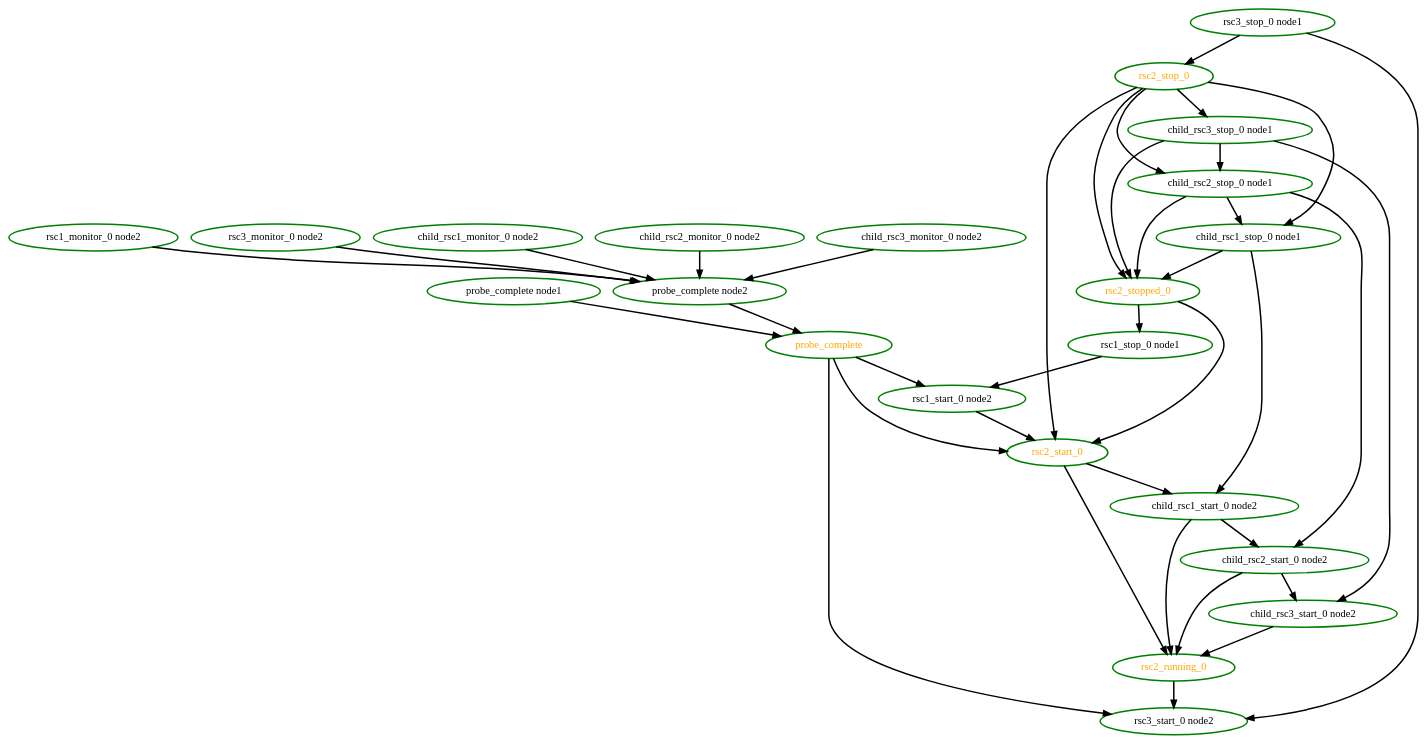
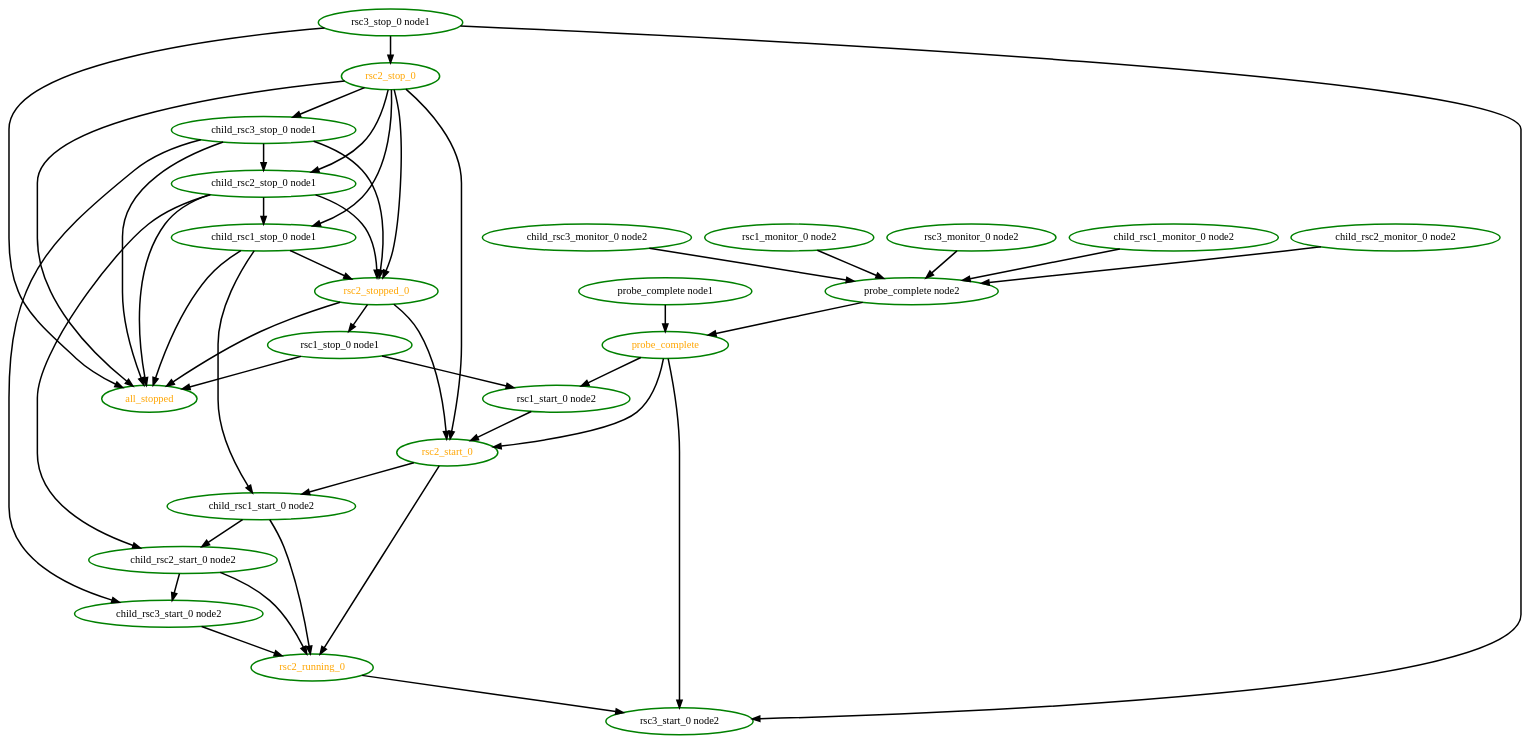
Before and after one commit to richiewen8/heartbeat: the diagram in crm/pengine/testcases/group5.dot, drawn with Graphviz. The commit also changed 218 other files, not shown here.

Commit message:
PE: Update testcases to include all_stopped (added in cs: 800c2fec24ee)

```diff
--- a/crm/pengine/testcases/group5.dot
+++ b/crm/pengine/testcases/group5.dot
@@ -1,61 +1,69 @@
  digraph "g" {
+"all_stopped" [ style=bold color="green" fontcolor="orange"  ]
 "child_rsc1_monitor_0 node2" -> "probe_complete node2" [ style = bold]
 "child_rsc1_monitor_0 node2" [ style=bold color="green" fontcolor="black" ]
 "child_rsc1_start_0 node2" -> "child_rsc2_start_0 node2" [ style = bold]
 "child_rsc1_start_0 node2" -> "rsc2_running_0" [ style = bold]
 "child_rsc1_start_0 node2" [ style=bold color="green" fontcolor="black" ]
+"child_rsc1_stop_0 node1" -> "all_stopped" [ style = bold]
 "child_rsc1_stop_0 node1" -> "child_rsc1_start_0 node2" [ style = bold]
 "child_rsc1_stop_0 node1" -> "rsc2_stopped_0" [ style = bold]
 "child_rsc1_stop_0 node1" [ style=bold color="green" fontcolor="black" ]
 "child_rsc2_monitor_0 node2" -> "probe_complete node2" [ style = bold]
 "child_rsc2_monitor_0 node2" [ style=bold color="green" fontcolor="black" ]
 "child_rsc2_start_0 node2" -> "child_rsc3_start_0 node2" [ style = bold]
 "child_rsc2_start_0 node2" -> "rsc2_running_0" [ style = bold]
 "child_rsc2_start_0 node2" [ style=bold color="green" fontcolor="black" ]
+"child_rsc2_stop_0 node1" -> "all_stopped" [ style = bold]
 "child_rsc2_stop_0 node1" -> "child_rsc1_stop_0 node1" [ style = bold]
 "child_rsc2_stop_0 node1" -> "child_rsc2_start_0 node2" [ style = bold]
 "child_rsc2_stop_0 node1" -> "rsc2_stopped_0" [ style = bold]
 "child_rsc2_stop_0 node1" [ style=bold color="green" fontcolor="black" ]
 "child_rsc3_monitor_0 node2" -> "probe_complete node2" [ style = bold]
 "child_rsc3_monitor_0 node2" [ style=bold color="green" fontcolor="black" ]
 "child_rsc3_start_0 node2" -> "rsc2_running_0" [ style = bold]
 "child_rsc3_start_0 node2" [ style=bold color="green" fontcolor="black" ]
+"child_rsc3_stop_0 node1" -> "all_stopped" [ style = bold]
 "child_rsc3_stop_0 node1" -> "child_rsc2_stop_0 node1" [ style = bold]
 "child_rsc3_stop_0 node1" -> "child_rsc3_start_0 node2" [ style = bold]
 "child_rsc3_stop_0 node1" -> "rsc2_stopped_0" [ style = bold]
 "child_rsc3_stop_0 node1" [ style=bold color="green" fontcolor="black" ]
 "probe_complete node1" -> "probe_complete" [ style = bold]
 "probe_complete node1" [ style=bold color="green" fontcolor="black" ]
 "probe_complete node2" -> "probe_complete" [ style = bold]
 "probe_complete node2" [ style=bold color="green" fontcolor="black" ]
 "probe_complete" -> "rsc1_start_0 node2" [ style = bold]
 "probe_complete" -> "rsc2_start_0" [ style = bold]
 "probe_complete" -> "rsc3_start_0 node2" [ style = bold]
 "probe_complete" [ style=bold color="green" fontcolor="orange" ]
 "rsc1_monitor_0 node2" -> "probe_complete node2" [ style = bold]
 "rsc1_monitor_0 node2" [ style=bold color="green" fontcolor="black" ]
 "rsc1_start_0 node2" -> "rsc2_start_0" [ style = bold]
 "rsc1_start_0 node2" [ style=bold color="green" fontcolor="black" ]
+"rsc1_stop_0 node1" -> "all_stopped" [ style = bold]
 "rsc1_stop_0 node1" -> "rsc1_start_0 node2" [ style = bold]
 "rsc1_stop_0 node1" [ style=bold color="green" fontcolor="black" ]
 "rsc2_running_0" -> "rsc3_start_0 node2" [ style = bold]
 "rsc2_running_0" [ style=bold color="green" fontcolor="orange" ]
 "rsc2_start_0" -> "child_rsc1_start_0 node2" [ style = bold]
 "rsc2_start_0" -> "rsc2_running_0" [ style = bold]
 "rsc2_start_0" [ style=bold color="green" fontcolor="orange" ]
+"rsc2_stop_0" -> "all_stopped" [ style = bold]
 "rsc2_stop_0" -> "child_rsc1_stop_0 node1" [ style = bold]
 "rsc2_stop_0" -> "child_rsc2_stop_0 node1" [ style = bold]
 "rsc2_stop_0" -> "child_rsc3_stop_0 node1" [ style = bold]
 "rsc2_stop_0" -> "rsc2_start_0" [ style = bold]
 "rsc2_stop_0" -> "rsc2_stopped_0" [ style = bold]
 "rsc2_stop_0" [ style=bold color="green" fontcolor="orange" ]
+"rsc2_stopped_0" -> "all_stopped" [ style = bold]
 "rsc2_stopped_0" -> "rsc1_stop_0 node1" [ style = bold]
 "rsc2_stopped_0" -> "rsc2_start_0" [ style = bold]
 "rsc2_stopped_0" [ style=bold color="green" fontcolor="orange" ]
 "rsc3_monitor_0 node2" -> "probe_complete node2" [ style = bold]
 "rsc3_monitor_0 node2" [ style=bold color="green" fontcolor="black" ]
 "rsc3_start_0 node2" [ style=bold color="green" fontcolor="black" ]
+"rsc3_stop_0 node1" -> "all_stopped" [ style = bold]
 "rsc3_stop_0 node1" -> "rsc2_stop_0" [ style = bold]
 "rsc3_stop_0 node1" -> "rsc3_start_0 node2" [ style = bold]
 "rsc3_stop_0 node1" [ style=bold color="green" fontcolor="black" ]
 }
```
